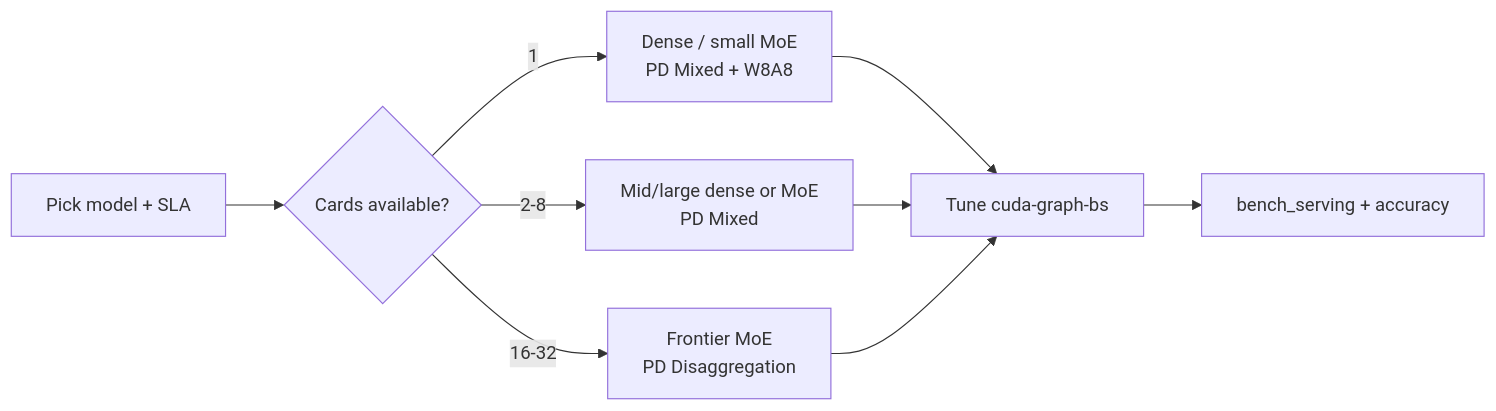
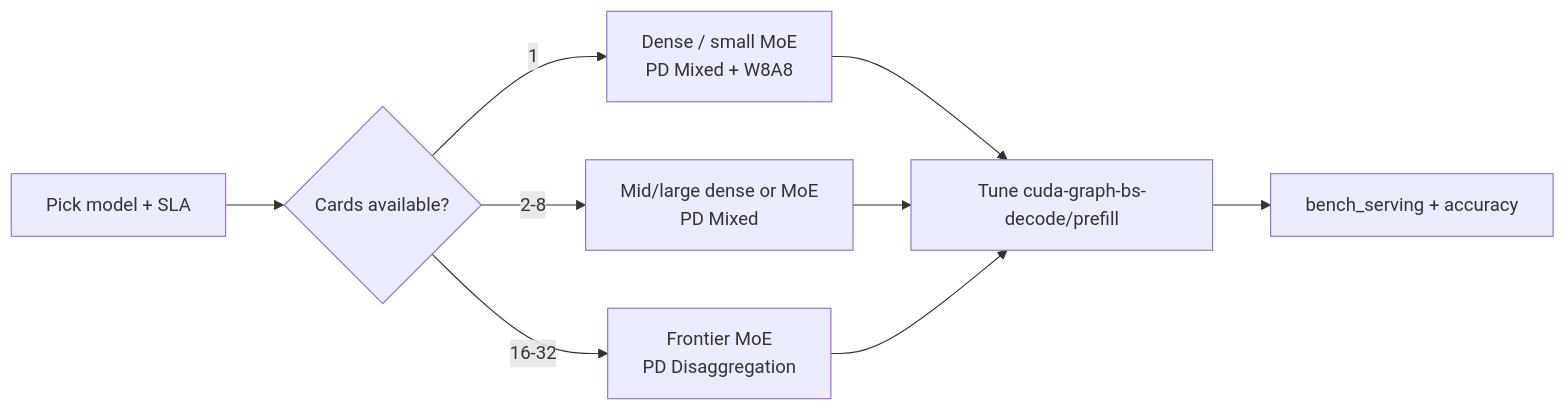
The diagram in docs/docs/hardware-platforms/ascend-npus/model-deployment/knowledge_base.mdx (sgl-project/sglang), drawn with Mermaid before and after one commit. The commit also changed other lines of this file, not shown here.

First line of the commit message:
docs(npu): align knowledge base with current cuda-graph flags

````diff
--- a/docs/docs/hardware-platforms/ascend-npus/model-deployment/knowledge_base.mdx
+++ b/docs/docs/hardware-platforms/ascend-npus/model-deployment/knowledge_base.mdx
@@ -120,11 +120,11 @@
 ```mermaid
 flowchart LR
   A[Pick model + SLA] --> B{Cards available?}
   B -->|1| C[Dense / small MoE<br/>PD Mixed + W8A8]
   B -->|2-8| D[Mid/large dense or MoE<br/>PD Mixed]
   B -->|16-32| E[Frontier MoE<br/>PD Disaggregation]
-  C --> F[Tune cuda-graph-bs]
+  C --> F[Tune cuda-graph-bs-decode/prefill]
   D --> F
   E --> F
   F --> G[bench_serving + accuracy]
 ```
````
